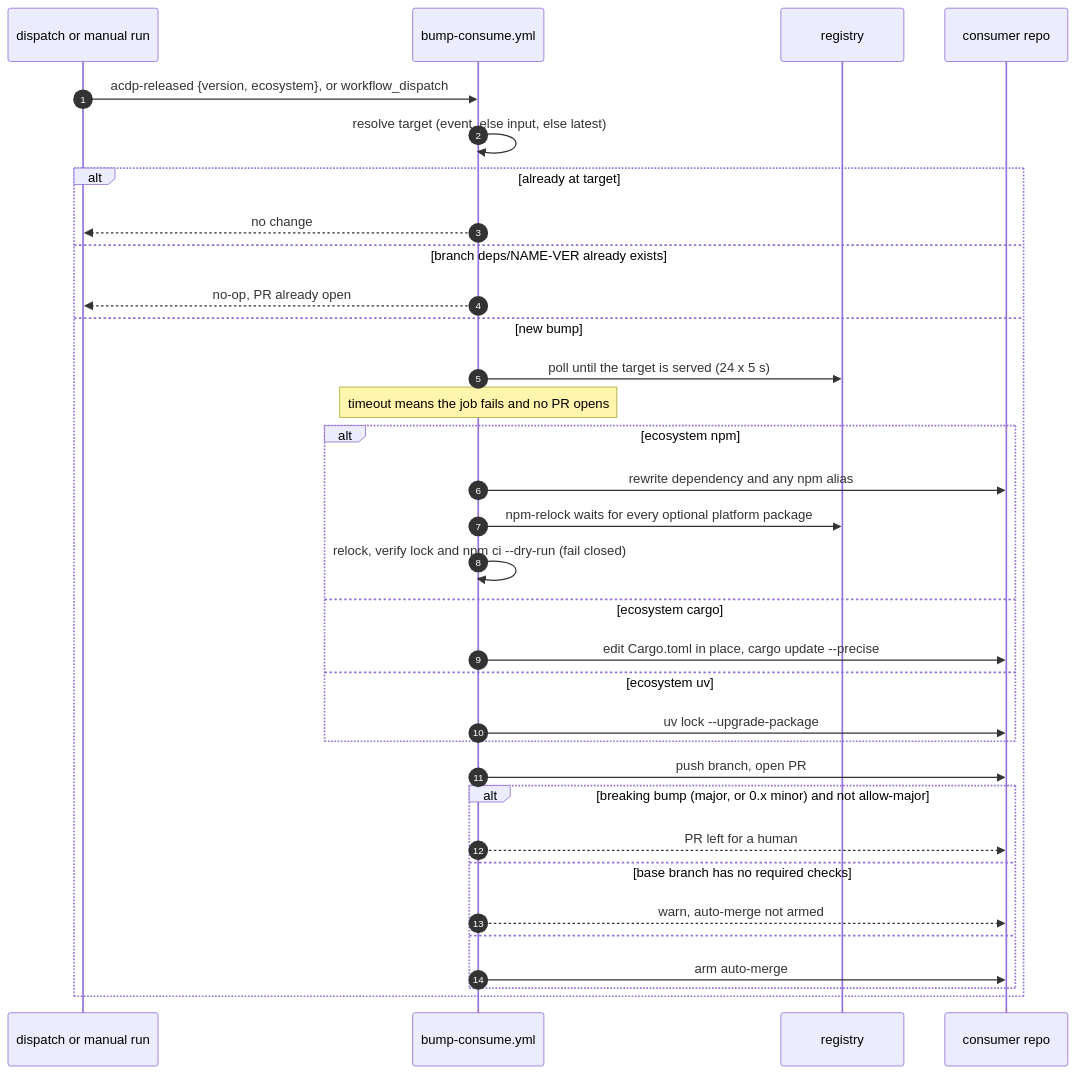
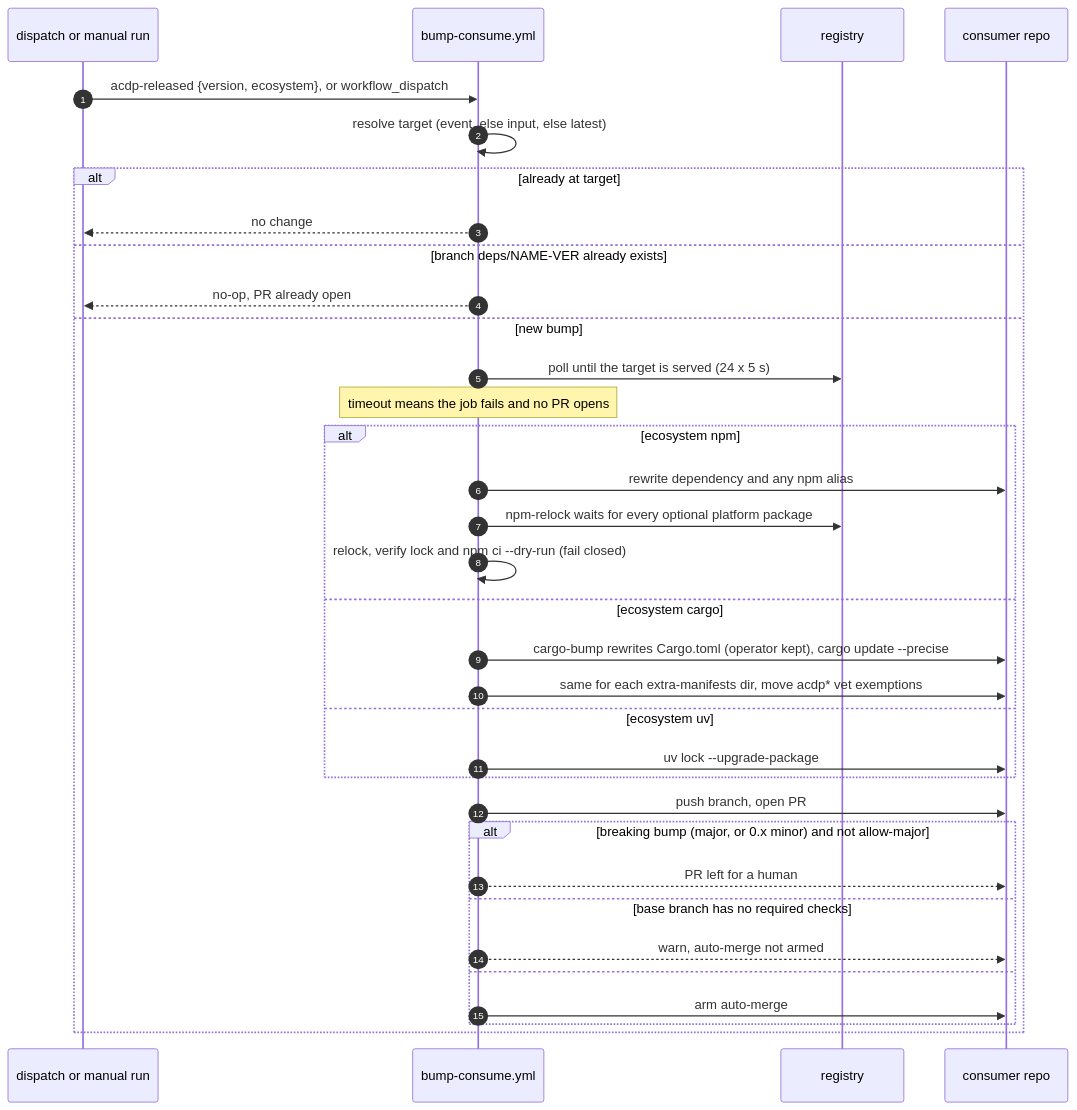
One commit to agentcontextdistributionprotocol/acdp-ci changed the second of 3 diagrams in DELIVERY-STANDARD.md. Above: the diagram before and after it, drawn with Mermaid. The commit also changed other lines of this file and 8 other files, not shown here.

````diff
--- a/DELIVERY-STANDARD.md
+++ b/DELIVERY-STANDARD.md
@@ -153,35 +153,36 @@
 ```mermaid
 sequenceDiagram
   autonumber
   participant D as dispatch or manual run
   participant B as bump-consume.yml
   participant R as registry
   participant C as consumer repo
   D->>B: acdp-released {version, ecosystem}, or workflow_dispatch
   B->>B: resolve target (event, else input, else latest)
   alt already at target
     B-->>D: no change
   else branch deps/NAME-VER already exists
     B-->>D: no-op, PR already open
   else new bump
     B->>R: poll until the target is served (24 x 5 s)
     Note over B: timeout means the job fails and no PR opens
     alt ecosystem npm
       B->>C: rewrite dependency and any npm alias
       B->>R: npm-relock waits for every optional platform package
       B->>B: relock, verify lock and npm ci --dry-run (fail closed)
     else ecosystem cargo
-      B->>C: edit Cargo.toml in place, cargo update --precise
+      B->>C: cargo-bump rewrites Cargo.toml (operator kept), cargo update --precise
+      B->>C: same for each extra-manifests dir, move acdp* vet exemptions
     else ecosystem uv
       B->>C: uv lock --upgrade-package
     end
     B->>C: push branch, open PR
     alt breaking bump (major, or 0.x minor) and not allow-major
       B-->>C: PR left for a human
     else base branch has no required checks
       B-->>C: warn, auto-merge not armed
     else
       B->>C: arm auto-merge
     end
   end
 ```
````
